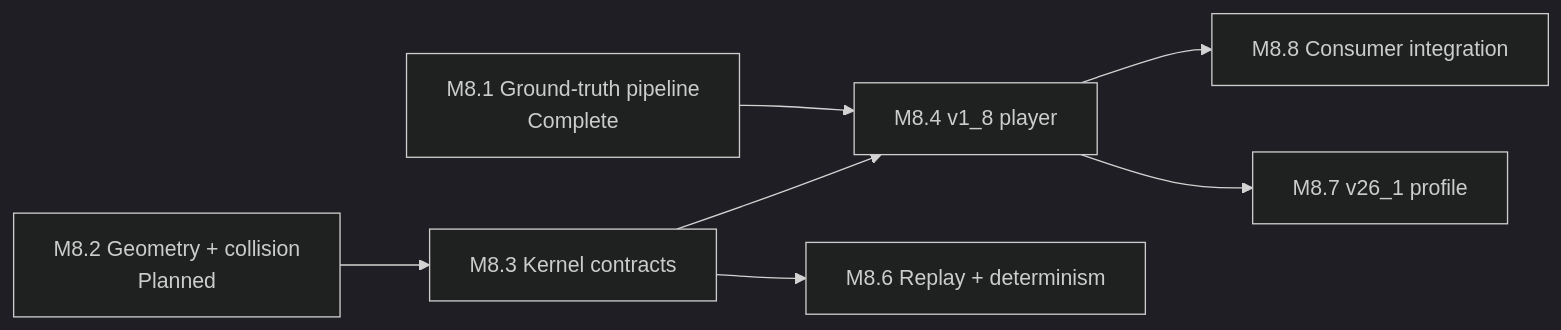
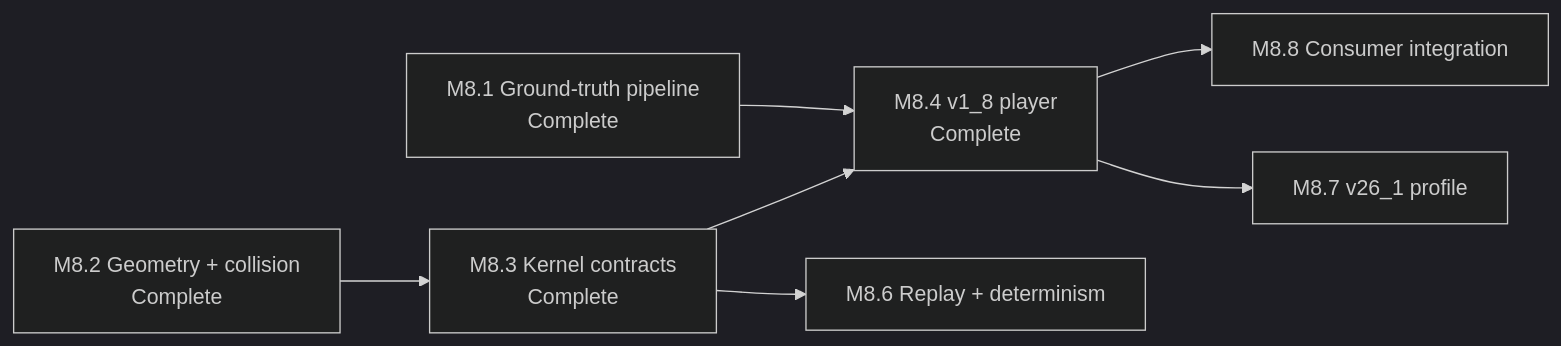
One commit to go-theft-craft/headless-minecraft changed the second of 2 diagrams in MASTER_PLAN.md. Above: the diagram before and after it, drawn with Mermaid (dark theme). The commit also changed other lines of this file and 10 other files, not shown here.

````diff
--- a/MASTER_PLAN.md
+++ b/MASTER_PLAN.md
@@ -1228,15 +1263,15 @@
 ```mermaid
 flowchart LR
     A["M8.1 Ground-truth pipeline<br/>Complete"]
-    B["M8.2 Geometry + collision<br/>Planned"]
-    C["M8.3 Kernel contracts"]
-    D["M8.4 v1_8 player"]
+    B["M8.2 Geometry + collision<br/>Complete"]
+    C["M8.3 Kernel contracts<br/>Complete"]
+    D["M8.4 v1_8 player<br/>Complete"]
     F["M8.6 Replay + determinism"]
     G["M8.7 v26_1 profile"]
     H["M8.8 Consumer integration"]
 
     A --> D
     B --> C --> D --> H
     C --> F
     D --> G
 ```
````
